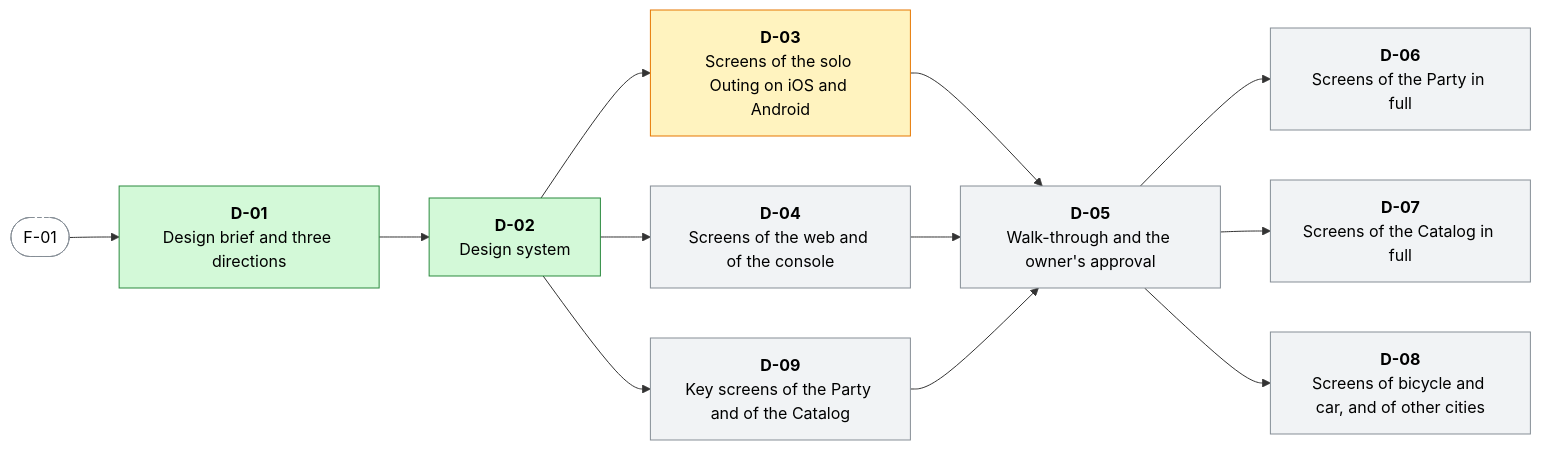
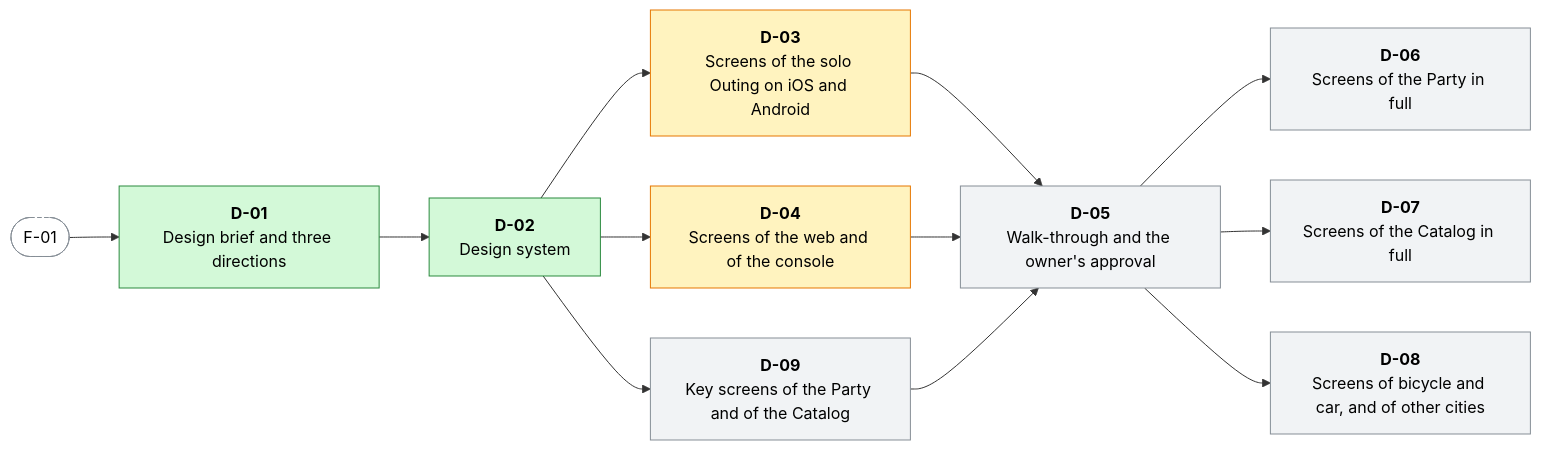
Before and after one commit to menisika/Smart-Tour-Guide-and-Itinerary-Planner: the second of 17 diagrams in docs/WORK-PLAN.md, drawn with Mermaid. The commit also changed other lines of this file, not shown here.

First line of the commit message:
docs(docs): start the screens of the web and of the console

````diff
--- a/docs/WORK-PLAN.md
+++ b/docs/WORK-PLAN.md
@@ -272,29 +272,29 @@
 ```mermaid
 flowchart LR
   classDef done fill:#d3f9d8,stroke:#2b8a3e,color:#000
   classDef progress fill:#fff3bf,stroke:#e67700,color:#000
   classDef blocked fill:#ffe3e3,stroke:#c92a2a,color:#000
   classDef todo fill:#f1f3f5,stroke:#868e96,color:#000
   classDef outside fill:#ffffff,stroke:#868e96,stroke-dasharray:4 3,color:#000
   D_01["<b>D-01</b><br/>Design brief and three directions"]:::done
   D_02["<b>D-02</b><br/>Design system"]:::done
   D_03["<b>D-03</b><br/>Screens of the solo Outing on iOS and Android"]:::progress
-  D_04["<b>D-04</b><br/>Screens of the web and of the console"]:::todo
+  D_04["<b>D-04</b><br/>Screens of the web and of the console"]:::progress
   D_09["<b>D-09</b><br/>Key screens of the Party and of the Catalog"]:::todo
   D_05["<b>D-05</b><br/>Walk-through and the owner's approval"]:::todo
   D_06["<b>D-06</b><br/>Screens of the Party in full"]:::todo
   D_07["<b>D-07</b><br/>Screens of the Catalog in full"]:::todo
   D_08["<b>D-08</b><br/>Screens of bicycle and car, and of other cities"]:::todo
   F_01(["F-01"]):::outside
   F_01 --> D_01
   D_01 --> D_02
   D_02 --> D_03
   D_02 --> D_04
   D_02 --> D_09
   D_03 --> D_05
   D_04 --> D_05
   D_09 --> D_05
   D_05 --> D_06
   D_05 --> D_07
   D_05 --> D_08
 ```
````
